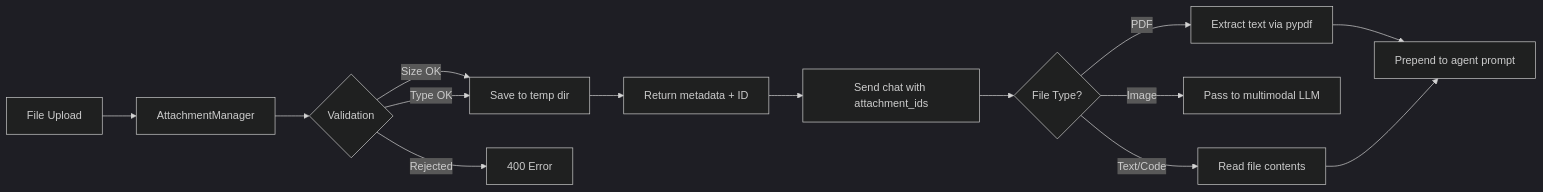
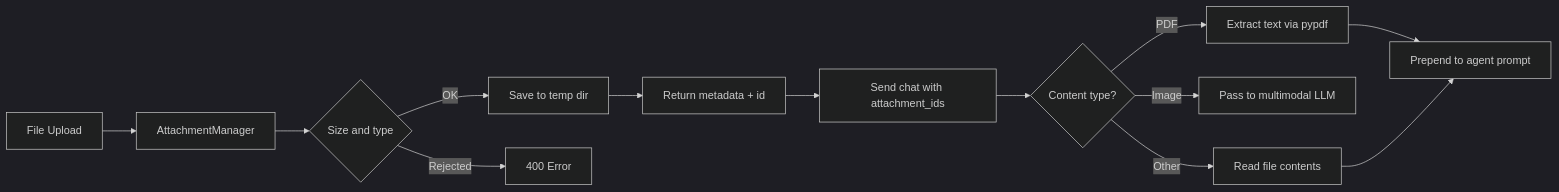
Before and after one commit to MervinPraison/PraisonAIUI: the diagram in docs/features/attachments.md, drawn with Mermaid (dark theme). The commit also changed other lines of this file and 16 other files, not shown here.

````diff
--- a/docs/features/attachments.md
+++ b/docs/features/attachments.md
@@ -26,16 +29,15 @@
 ```mermaid
 graph LR
     A["File Upload"] --> B["AttachmentManager"]
-    B --> C{"Validation"}
-    C -->|"Size OK"| D["Save to temp dir"]
-    C -->|"Type OK"| D
+    B --> C{"Size and type"}
+    C -->|"OK"| D["Save to temp dir"]
     C -->|"Rejected"| E["400 Error"]
-    D --> F["Return metadata + ID"]
+    D --> F["Return metadata + id"]
     F --> G["Send chat with attachment_ids"]
-    G --> H{"File Type?"}
+    G --> H{"Content type?"}
     H -->|"PDF"| I["Extract text via pypdf"]
     H -->|"Image"| J["Pass to multimodal LLM"]
-    H -->|"Text/Code"| K["Read file contents"]
+    H -->|"Other"| K["Read file contents"]
     I --> L["Prepend to agent prompt"]
     K --> L
 ```
````
